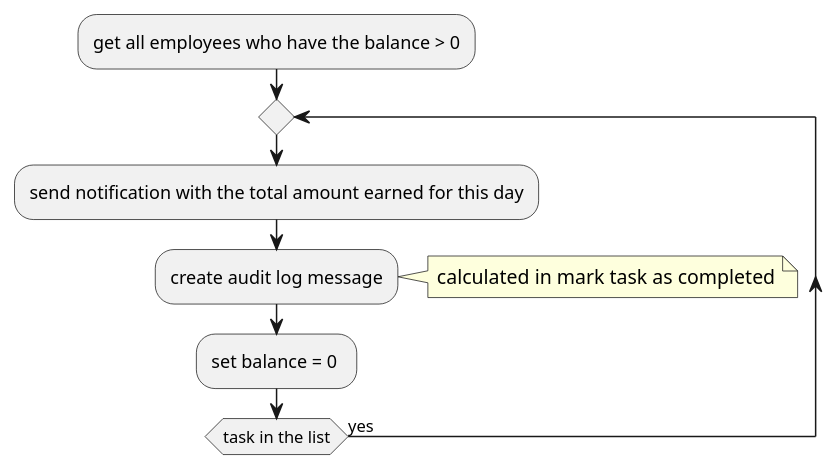
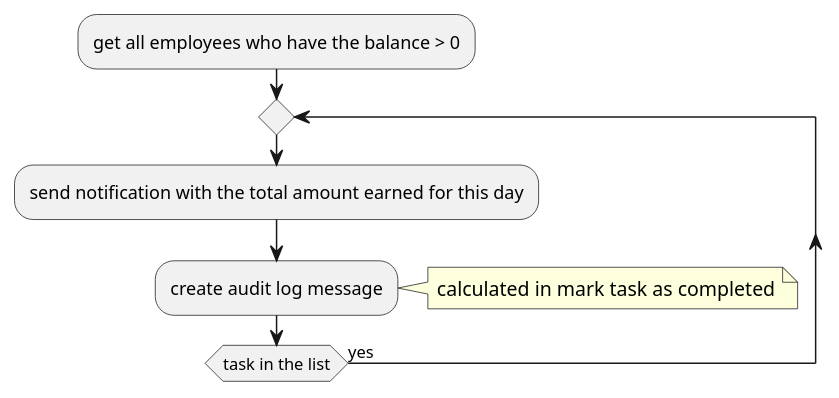
Before and after one commit to ximyro/async_architecture_course: the diagram in diagrams/end_day_calculation.plantuml, drawn with PlantUML. The commit also changed 5 other files, not shown here.

```diff
--- a/diagrams/end_day_calculation.plantuml
+++ b/diagrams/end_day_calculation.plantuml
@@ -1,11 +1,10 @@
 @startuml End of day calculation
     :get all employees who have the balance > 0;
     repeat
         :send notification with the total amount earned for this day;
         :create audit log message;
         note right
             calculated in mark task as completed
         end note
-        :set balance = 0 ;
     repeat while(task in the list) is (yes)
 @enduml
```
